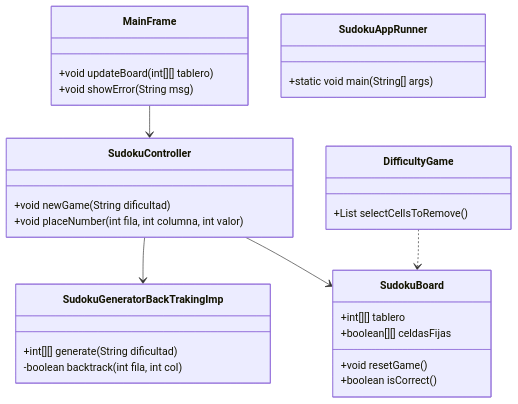
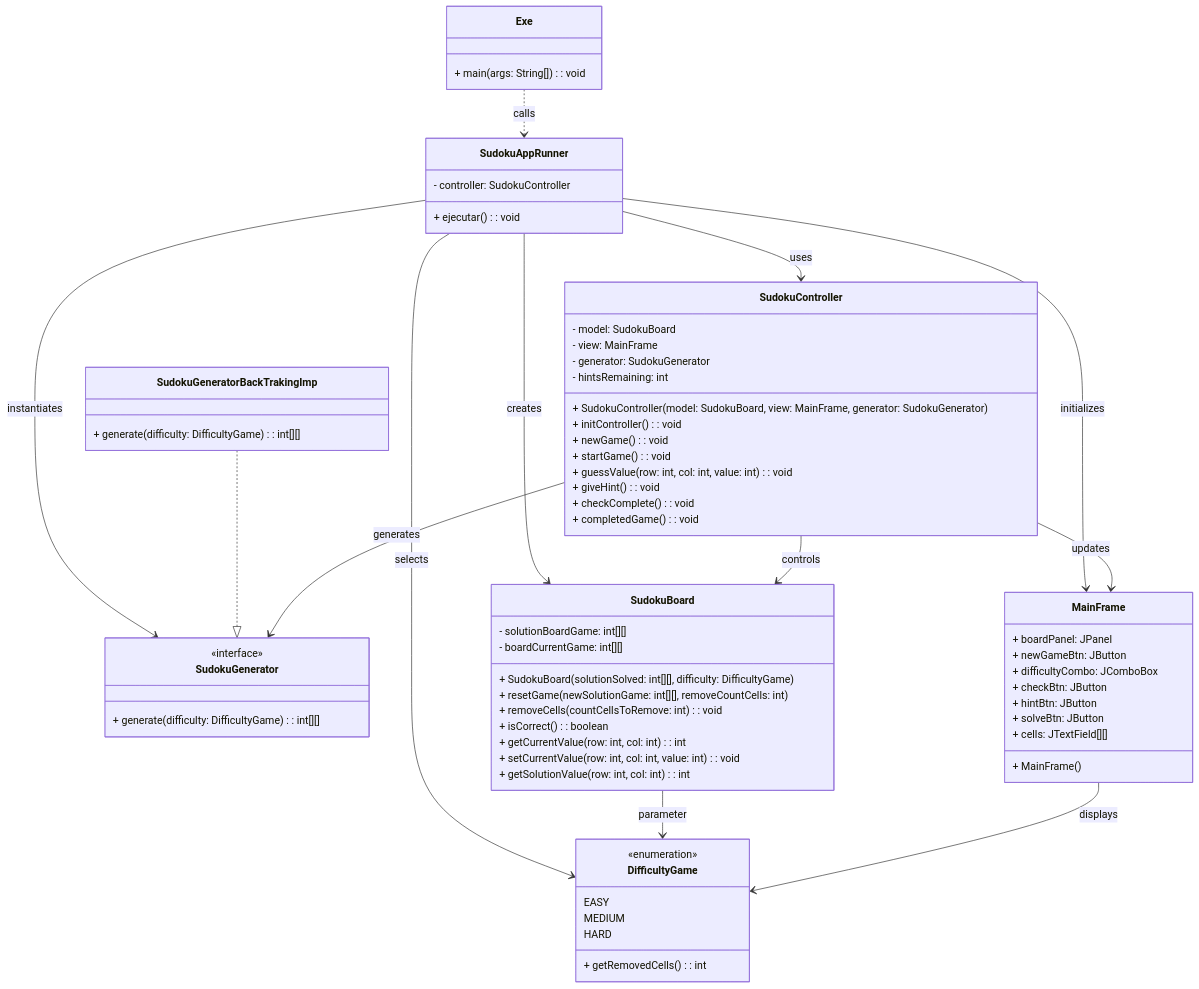
One commit to CodeMSV/Sudoku changed the first of 5 diagrams in README.md. Above: the diagram before and after it, drawn with Mermaid. The commit also changed other lines of this file, not shown here.

Commit message:
refactor class diagram in README.md to enhance clarity and structure of Sudoku components

````diff
--- a/README.md
+++ b/README.md
@@ -126,32 +126,75 @@
 ```mermaid
 classDiagram
-  class SudokuBoard {
-    +int[][] tablero
-    +boolean[][] celdasFijas
-    +void resetGame()
-    +boolean isCorrect()
-  }
-  class SudokuGeneratorBackTrakingImp {
-    +int[][] generate(String dificultad)
-    -boolean backtrack(int fila, int col)
-  }
-  class DifficultyGame {
-    +List<int[]> selectCellsToRemove()
-  }
-  class SudokuController {
-    +void newGame(String dificultad)
-    +void placeNumber(int fila, int columna, int valor)
-  }
-  class MainFrame {
-    +void updateBoard(int[][] tablero)
-    +void showError(String msg)
-  }
-  class SudokuAppRunner {
-    +static void main(String[] args)
-  }
+    class Exe {
+        + main(args: String[]): void
+    }
+    class SudokuAppRunner {
+        - controller: SudokuController
+        + ejecutar(): void
+    }
+    class SudokuGenerator {
+        <<interface>>
+        + generate(difficulty: DifficultyGame): int[][]
+    }
+    class SudokuGeneratorBackTrakingImp {
+        + generate(difficulty: DifficultyGame): int[][]
+    }
+    class DifficultyGame {
+        <<enumeration>>
+        EASY
+        MEDIUM
+        HARD
+        + getRemovedCells(): int
+    }
+    class SudokuBoard {
+        - solutionBoardGame: int[][]
+        - boardCurrentGame: int[][]
+        + SudokuBoard(solutionSolved: int[][], difficulty: DifficultyGame)
+        + resetGame(newSolutionGame: int[][], removeCountCells: int)
+        + removeCells(countCellsToRemove: int): void
+        + isCorrect(): boolean
+        + getCurrentValue(row: int, col: int): int
+        + setCurrentValue(row: int, col: int, value: int): void
+        + getSolutionValue(row: int, col: int): int
+    }
+    class MainFrame {
+        + boardPanel: JPanel
+        + newGameBtn: JButton
+        + difficultyCombo: JComboBox<DifficultyGame>
+        + checkBtn: JButton
+        + hintBtn: JButton
+        + solveBtn: JButton
+        + cells: JTextField[][]
+        + MainFrame()
+    }
+    class SudokuController {
+        - model: SudokuBoard
+        - view: MainFrame
+        - generator: SudokuGenerator
+        - hintsRemaining: int
+        + SudokuController(model: SudokuBoard, view: MainFrame, generator: SudokuGenerator)
+        + initController(): void
+        + newGame(): void
+        + startGame(): void
+        + guessValue(row: int, col: int, value: int): void
+        + giveHint(): void
+        + checkComplete(): void
+        + completedGame(): void
+    }
 
-  SudokuController --> SudokuGeneratorBackTrakingImp
-  SudokuController --> SudokuBoard
-  MainFrame --> SudokuController
-  DifficultyGame ..> SudokuBoard
+    Exe ..> SudokuAppRunner : calls
+    SudokuAppRunner --> SudokuController : uses
+    SudokuAppRunner --> SudokuGenerator : instantiates
+    SudokuAppRunner --> DifficultyGame : selects
+    SudokuAppRunner --> SudokuBoard : creates
+    SudokuAppRunner --> MainFrame : initializes
+
+    SudokuGeneratorBackTrakingImp ..|> SudokuGenerator
+
+    SudokuController --> SudokuBoard : controls
+    SudokuController --> MainFrame : updates
+    SudokuController --> SudokuGenerator : generates
+
+    SudokuBoard --> DifficultyGame : parameter
+    MainFrame --> DifficultyGame : displays
 ```
````
